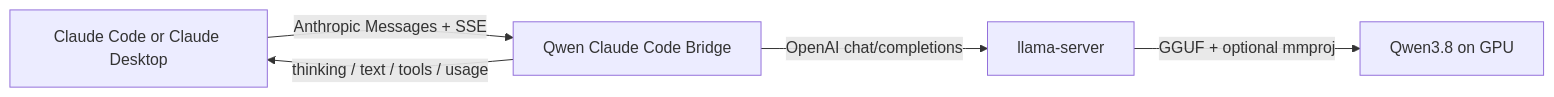
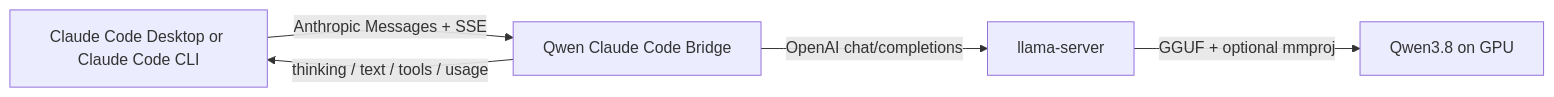
The diagram in README.md (Maharajahu/qwen3.8-27b-claude-code-desktop-bridge), drawn with Mermaid before and after one commit. The commit also changed other lines of this file, not shown here.

Commit message:
docs: clarify Qwen3.8-27B Claude Code Desktop support

````diff
--- a/README.md
+++ b/README.md
@@ -38,7 +43,7 @@
 ```mermaid
 flowchart LR
-    A[Claude Code or Claude Desktop] -->|Anthropic Messages + SSE| B[Qwen Claude Code Bridge]
+    A[Claude Code Desktop or Claude Code CLI] -->|Anthropic Messages + SSE| B[Qwen Claude Code Bridge]
     B -->|OpenAI chat/completions| C[llama-server]
     C -->|GGUF + optional mmproj| D[Qwen3.8 on GPU]
     B -->|thinking / text / tools / usage| A
 ```
````
